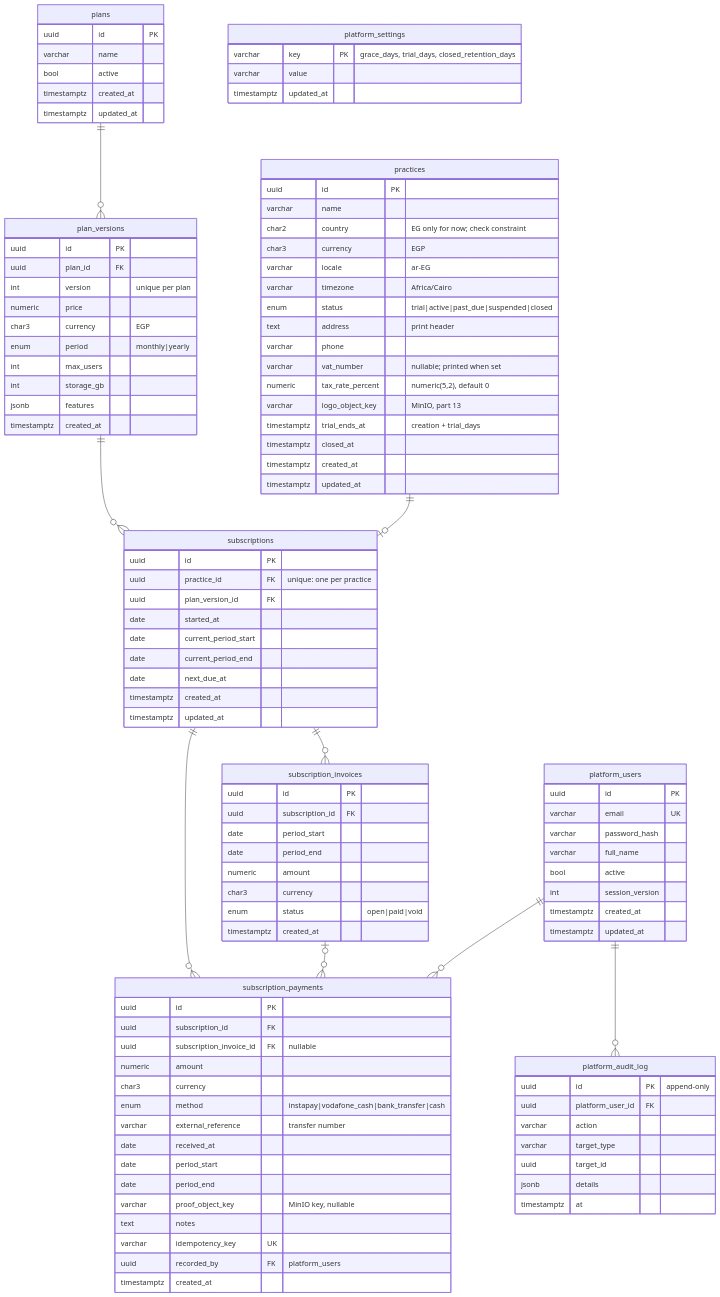
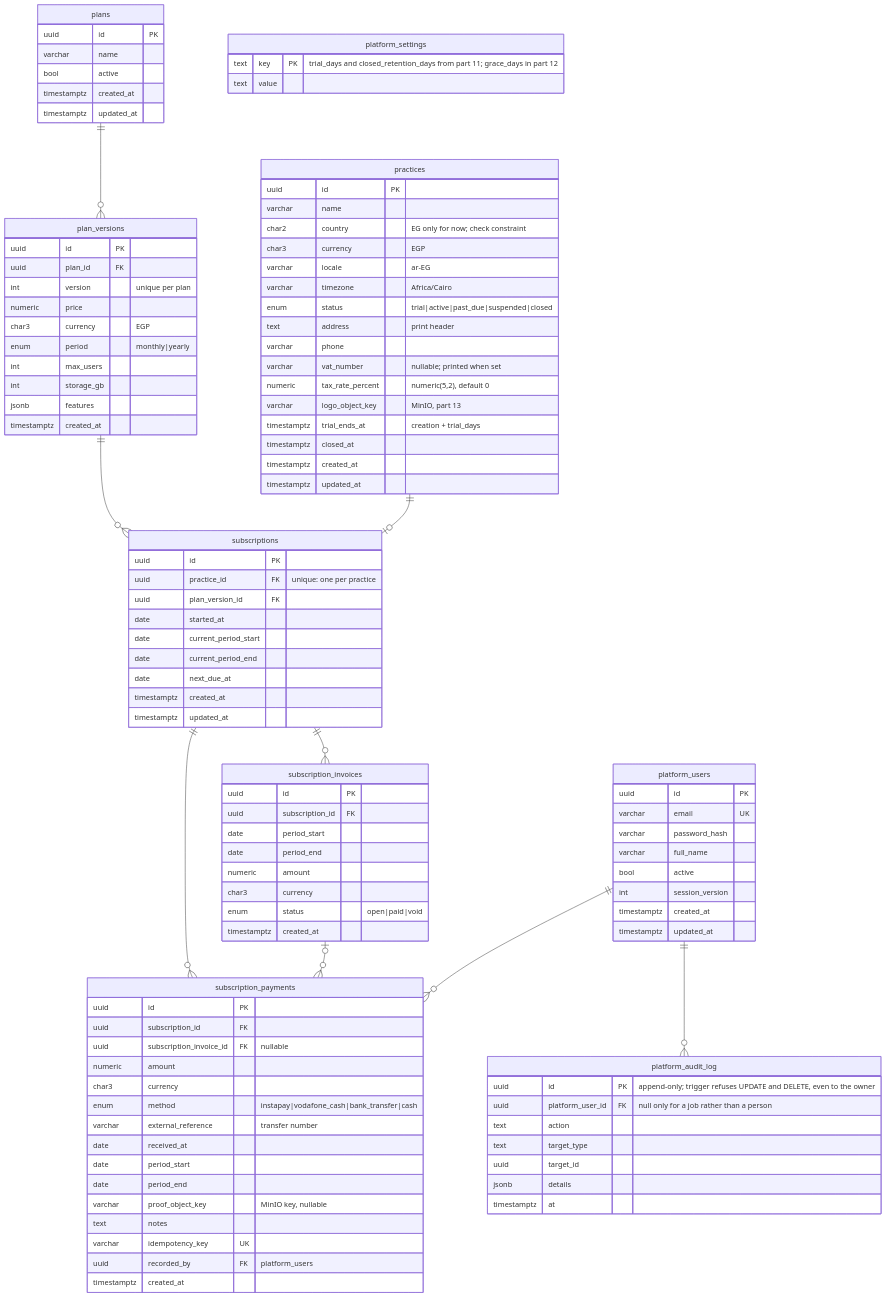
Before and after one commit to hazmr/qvety: the second of 5 diagrams in docs/parts/erd.md, drawn with Mermaid. The commit also changed other lines of this file and 35 other files, not shown here.

```diff
--- a/docs/parts/erd.md
+++ b/docs/parts/erd.md
@@ -180,16 +180,15 @@
     }
 
     platform_settings {
-        varchar key PK "grace_days, trial_days, closed_retention_days"
-        varchar value
-        timestamptz updated_at
+        text key PK "trial_days and closed_retention_days from part 11; grace_days in part 12"
+        text value
     }
 
     platform_audit_log {
-        uuid id PK "append-only"
-        uuid platform_user_id FK
-        varchar action
-        varchar target_type
+        uuid id PK "append-only; trigger refuses UPDATE and DELETE, even to the owner"
+        uuid platform_user_id FK "null only for a job rather than a person"
+        text action
+        text target_type
         uuid target_id
         jsonb details
         timestamptz at
```
